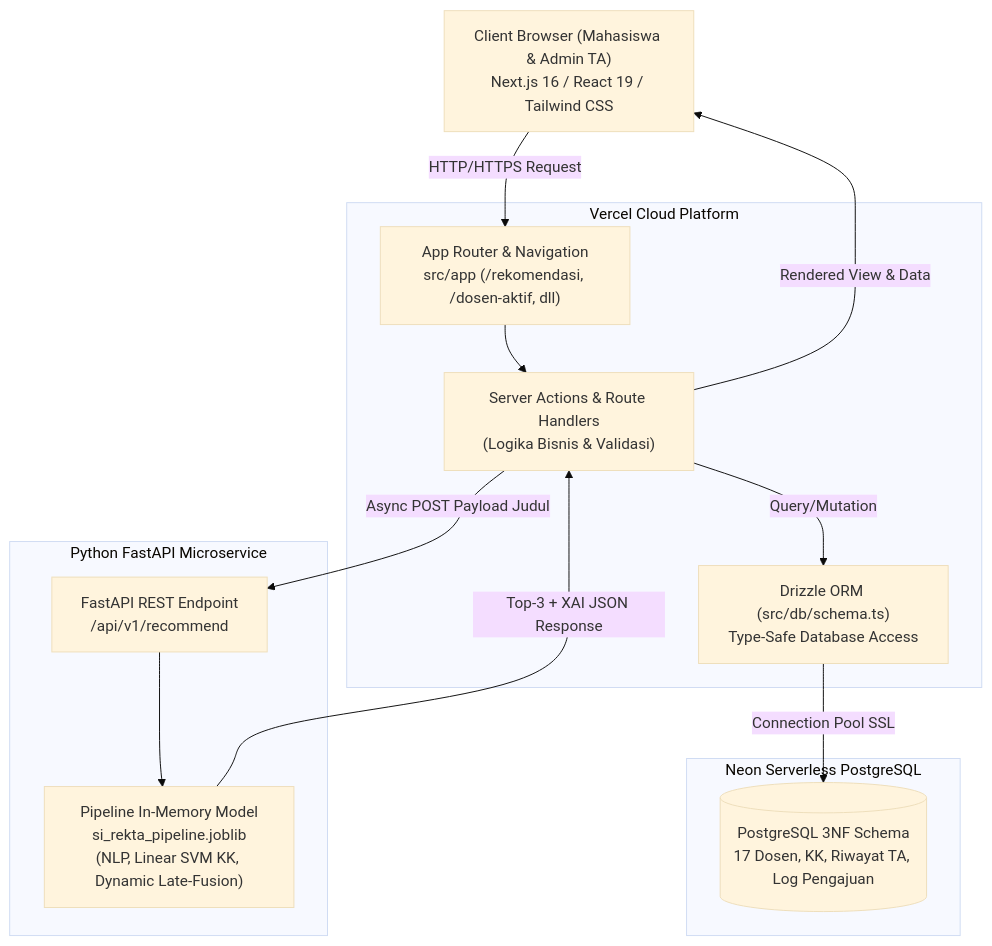
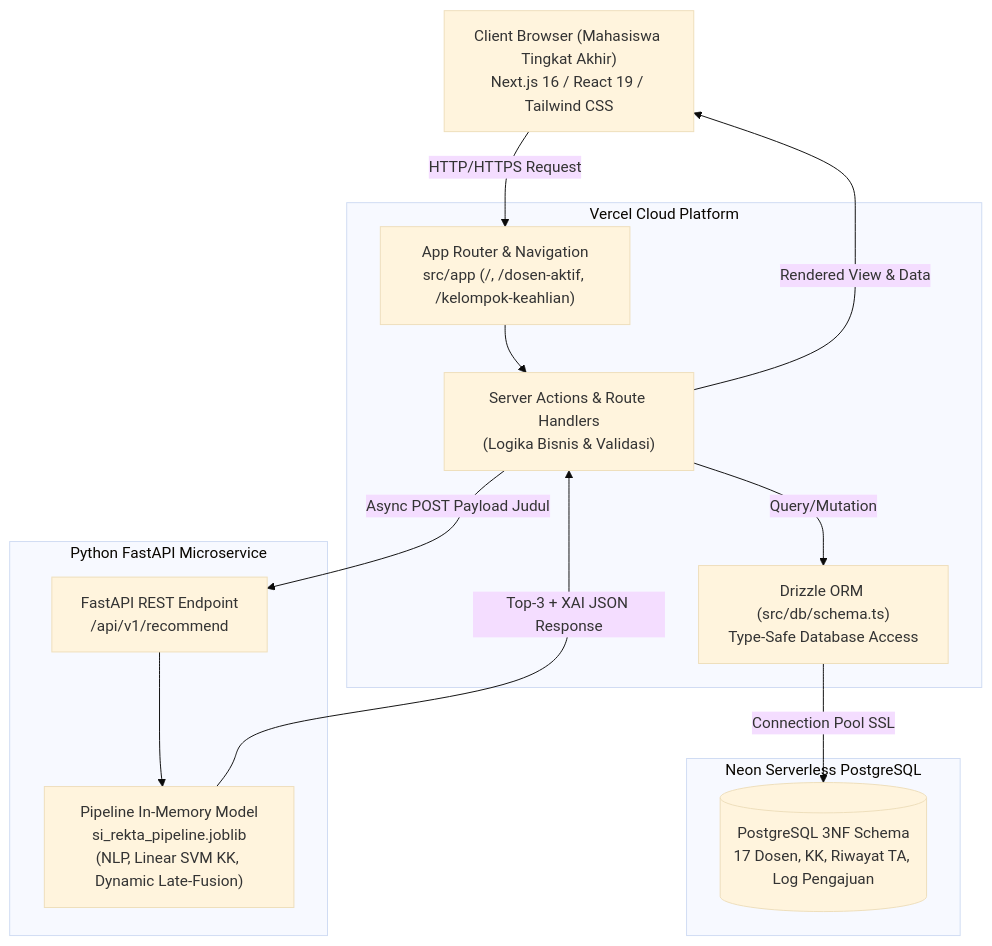
The second of 2 diagrams in docs/SI-REKTA_PRD.md (accfd/SI-REKTA), drawn with Mermaid (base theme) before and after one commit. The commit also changed other lines of this file, not shown here.

Commit message:
docs: selaraskan SI-REKTA_PRD.md konsisten menjadi 1 Aktor (Mahasiswa)

````diff
--- a/docs/SI-REKTA_PRD.md
+++ b/docs/SI-REKTA_PRD.md
@@ -228,28 +228,28 @@
 ```mermaid
 graph TD
-    Client["Client Browser (Mahasiswa & Admin TA)<br>Next.js 16 / React 19 / Tailwind CSS"]
+    Client["Client Browser (Mahasiswa Tingkat Akhir)<br>Next.js 16 / React 19 / Tailwind CSS"]
     
     subgraph Vercel_Platform["Vercel Cloud Platform"]
-        AppRouter["App Router & Navigation<br>src/app (/rekomendasi, /dosen-aktif, dll)"]
+        AppRouter["App Router & Navigation<br>src/app (/, /dosen-aktif, /kelompok-keahlian)"]
         ServerActions["Server Actions & Route Handlers<br>(Logika Bisnis & Validasi)"]
         DrizzleORM["Drizzle ORM (src/db/schema.ts)<br>Type-Safe Database Access"]
     end
     
     subgraph Database_Cloud["Neon Serverless PostgreSQL"]
         DB[(PostgreSQL 3NF Schema<br>17 Dosen, KK, Riwayat TA, Log Pengajuan)]
     end
     
     subgraph ML_Microservice["Python FastAPI Microservice"]
         FastAPIEndpoint["FastAPI REST Endpoint<br>/api/v1/recommend"]
         JoblibPipeline["Pipeline In-Memory Model<br>si_rekta_pipeline.joblib<br>(NLP, Linear SVM KK, Dynamic Late-Fusion)"]
     end
 
     Client -->|HTTP/HTTPS Request| AppRouter
     AppRouter --> ServerActions
     ServerActions -->|Query/Mutation| DrizzleORM
     DrizzleORM -->|Connection Pool SSL| DB
     ServerActions -->|Async POST Payload Judul| FastAPIEndpoint
     FastAPIEndpoint --> JoblibPipeline
     JoblibPipeline -->|Top-3 + XAI JSON Response| ServerActions
     ServerActions -->|Rendered View & Data| Client
 ```
````
